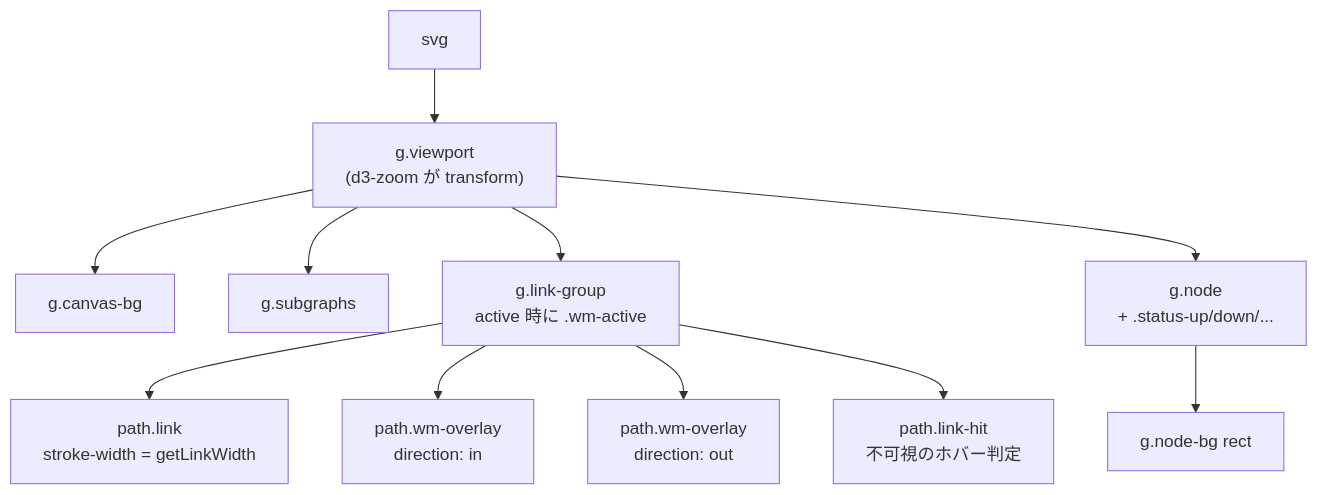
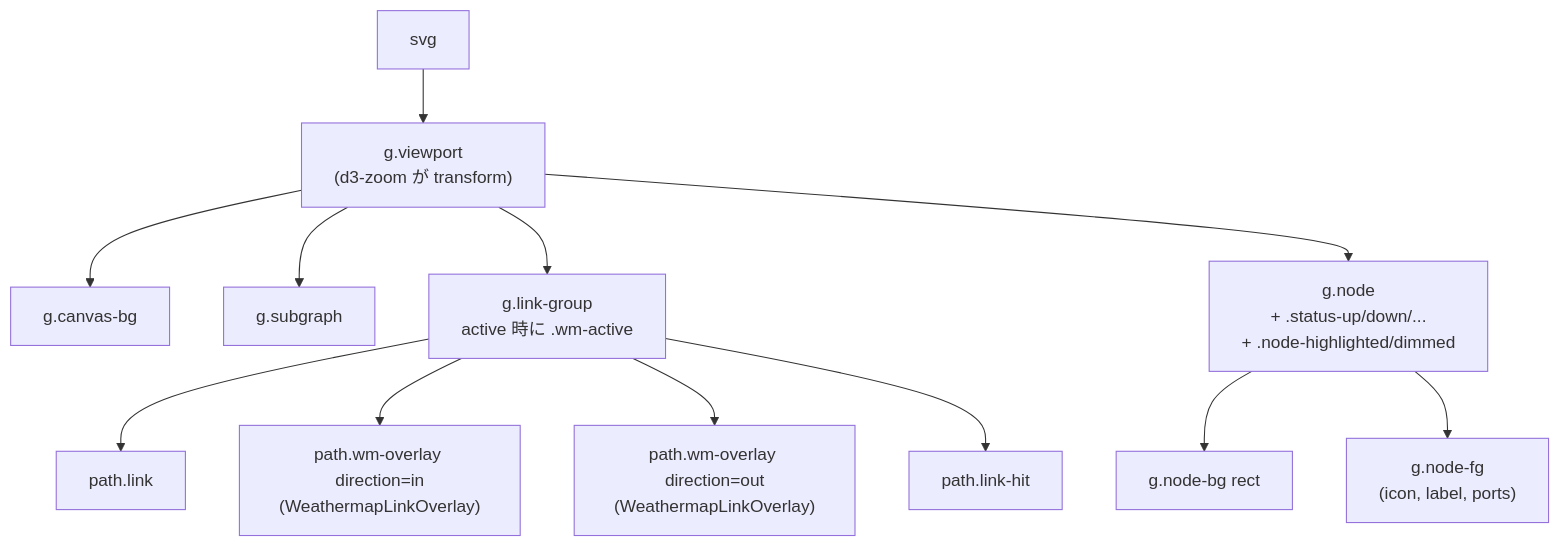
One commit to konoe-akitoshi/shumoku changed the third of 6 diagrams in apps/server/docs/topology-rendering.md. Above: the diagram before and after it, drawn with Mermaid. The commit also changed other lines of this file, not shown here.

````diff
--- a/apps/server/docs/topology-rendering.md
+++ b/apps/server/docs/topology-rendering.md
@@ -180,25 +207,27 @@
 ```mermaid
 flowchart TD
   SVG["svg"]
   VP["g.viewport<br/>(d3-zoom が transform)"]
   CBG["g.canvas-bg"]
-  SGS["g.subgraphs"]
+  SGS["g.subgraph"]
   LG["g.link-group<br/>active 時に .wm-active"]
-  LK["path.link<br/>stroke-width = getLinkWidth"]
-  LH["path.link-hit<br/>不可視のホバー判定"]
-  IN["path.wm-overlay<br/>direction: in"]
-  OUT["path.wm-overlay<br/>direction: out"]
-  N["g.node<br/>+ .status-up/down/..."]
+  LK["path.link"]
+  WMI["path.wm-overlay direction=in<br/>(WeathermapLinkOverlay)"]
+  WMO["path.wm-overlay direction=out<br/>(WeathermapLinkOverlay)"]
+  LH["path.link-hit"]
+  N["g.node<br/>+ .status-up/down/...<br/>+ .node-highlighted/dimmed"]
   NB["g.node-bg rect"]
+  NF["g.node-fg<br/>(icon, label, ports)"]
 
   SVG --> VP
   VP --> CBG
   VP --> SGS
   VP --> LG
   LG --> LK
-  LG --> IN
-  LG --> OUT
+  LG --> WMI
+  LG --> WMO
   LG --> LH
   VP --> N
   N --> NB
+  N --> NF
 ```
````
